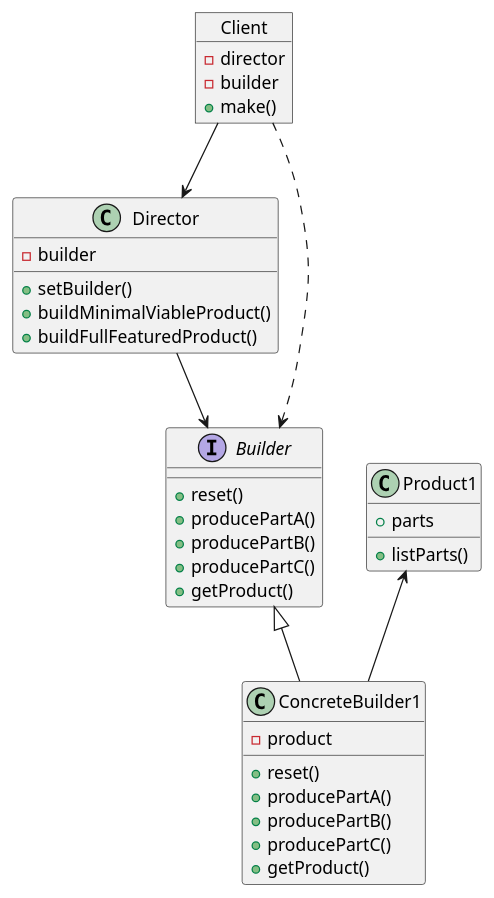
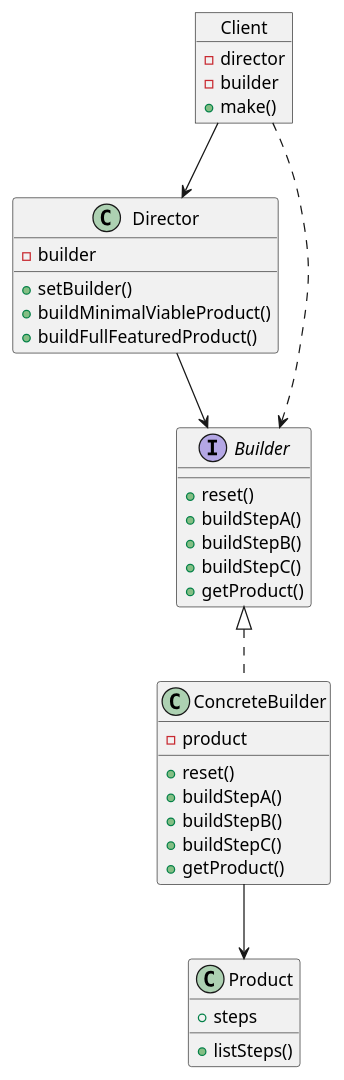
The diagram in CreationalPatterns/Builder/doc/Builder.puml (anorak21game/TypeScript), drawn with PlantUML before and after one commit. The commit also changed 2648 other files, not shown here.

```diff
--- a/CreationalPatterns/Builder/doc/Builder.puml
+++ b/CreationalPatterns/Builder/doc/Builder.puml
@@ -1,43 +1,43 @@
 @startuml Builder
 
 object Client {
     -director
     -builder
     +make()
 }
 
 class Director {
     -builder
     +setBuilder()
     +buildMinimalViableProduct()
     +buildFullFeaturedProduct()
 }
 
 interface Builder {
     +reset()
-    +producePartA()
-    +producePartB()
-    +producePartC()
+    +buildStepA()
+    +buildStepB()
+    +buildStepC()
     +getProduct()
 }
 
-class Product1 {
-    +parts
-    +listParts()
+class Product {
+    +steps
+    +listSteps()
 }
 
-class ConcreteBuilder1 {
+class ConcreteBuilder {
     -product
     +reset()
-    +producePartA()
-    +producePartB()
-    +producePartC()
+    +buildStepA()
+    +buildStepB()
+    +buildStepC()
     +getProduct()
 }
 
 Client --> Director
 Client ..> Builder
 Director --> Builder
-Builder <|-- ConcreteBuilder1
-Product1 <-- ConcreteBuilder1
+Builder <|.. ConcreteBuilder
+ConcreteBuilder --> Product
 @enduml
```
